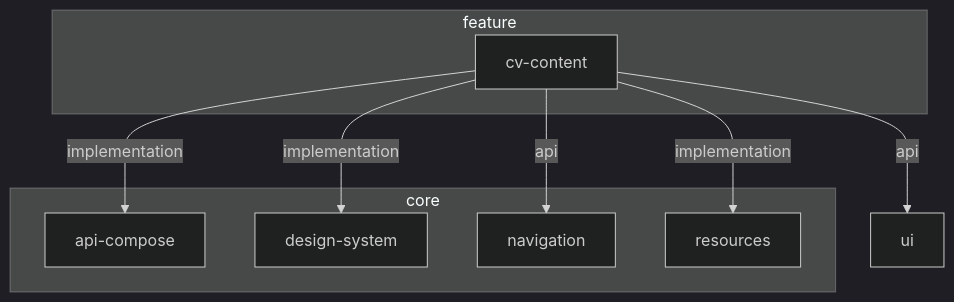
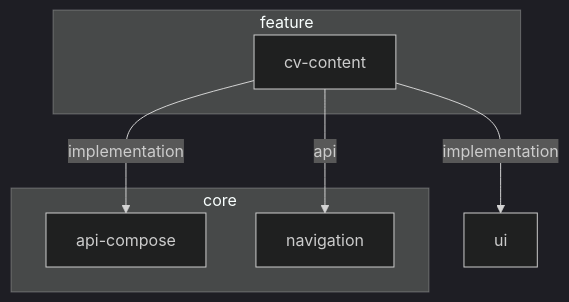
Before and after one commit to Dussim/cv-app: the diagram in feature/cv-content/README.md, drawn with Mermaid. The commit also changed 55 other files, not shown here.

````diff
--- a/feature/cv-content/README.md
+++ b/feature/cv-content/README.md
@@ -3,24 +3,20 @@
 ```mermaid
 %%{
   init: {
     'theme': 'dark'
   }
 }%%
 
 graph TB
   subgraph core
     api-compose
-    design-system
     navigation
-    resources
   end
   subgraph feature
     cv-content
   end
   cv-content -- api --> navigation
-  cv-content -- api --> ui
-  cv-content -- implementation --> design-system
   cv-content -- implementation --> api-compose
-  cv-content -- implementation --> resources
+  cv-content -- implementation --> ui
 
 ```
````
